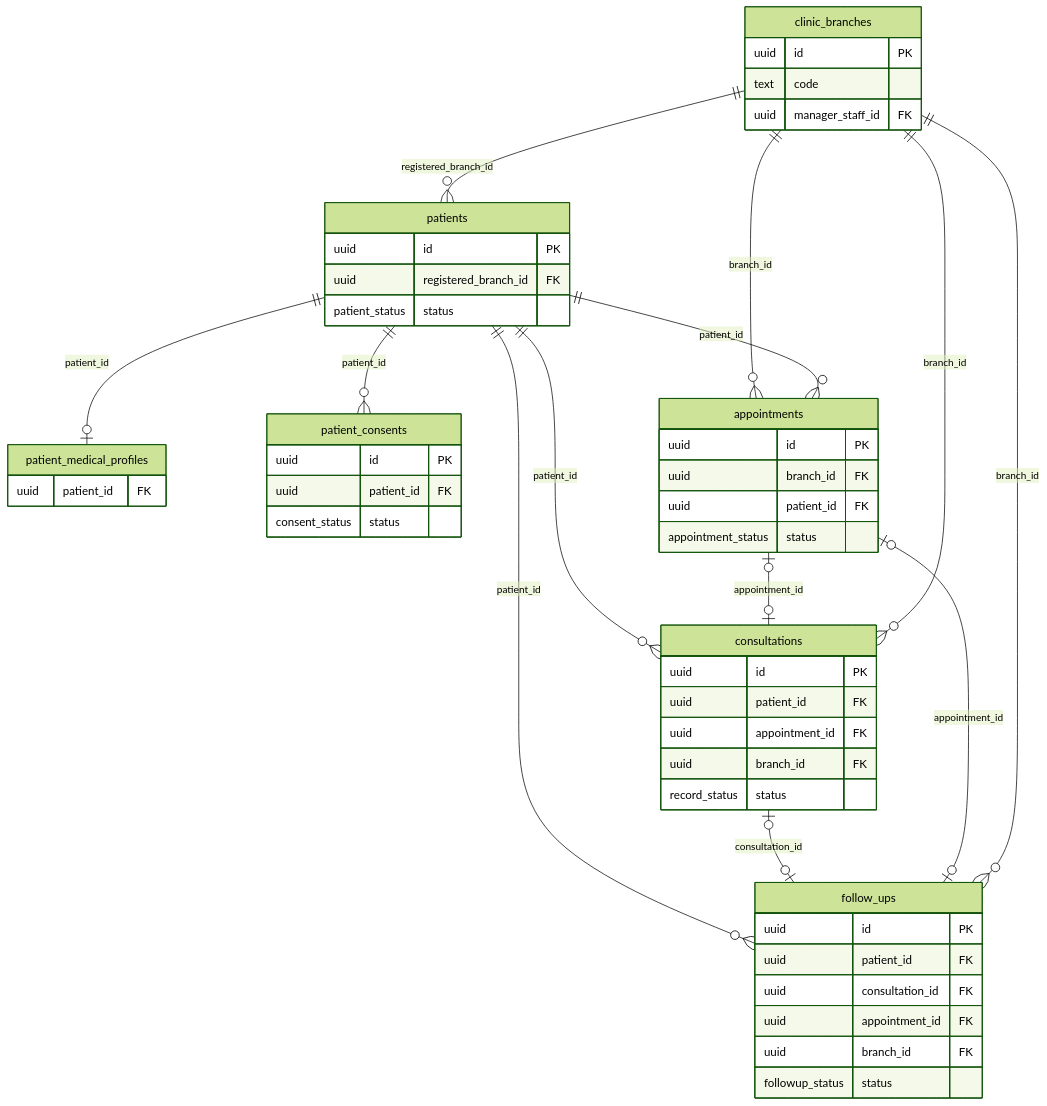
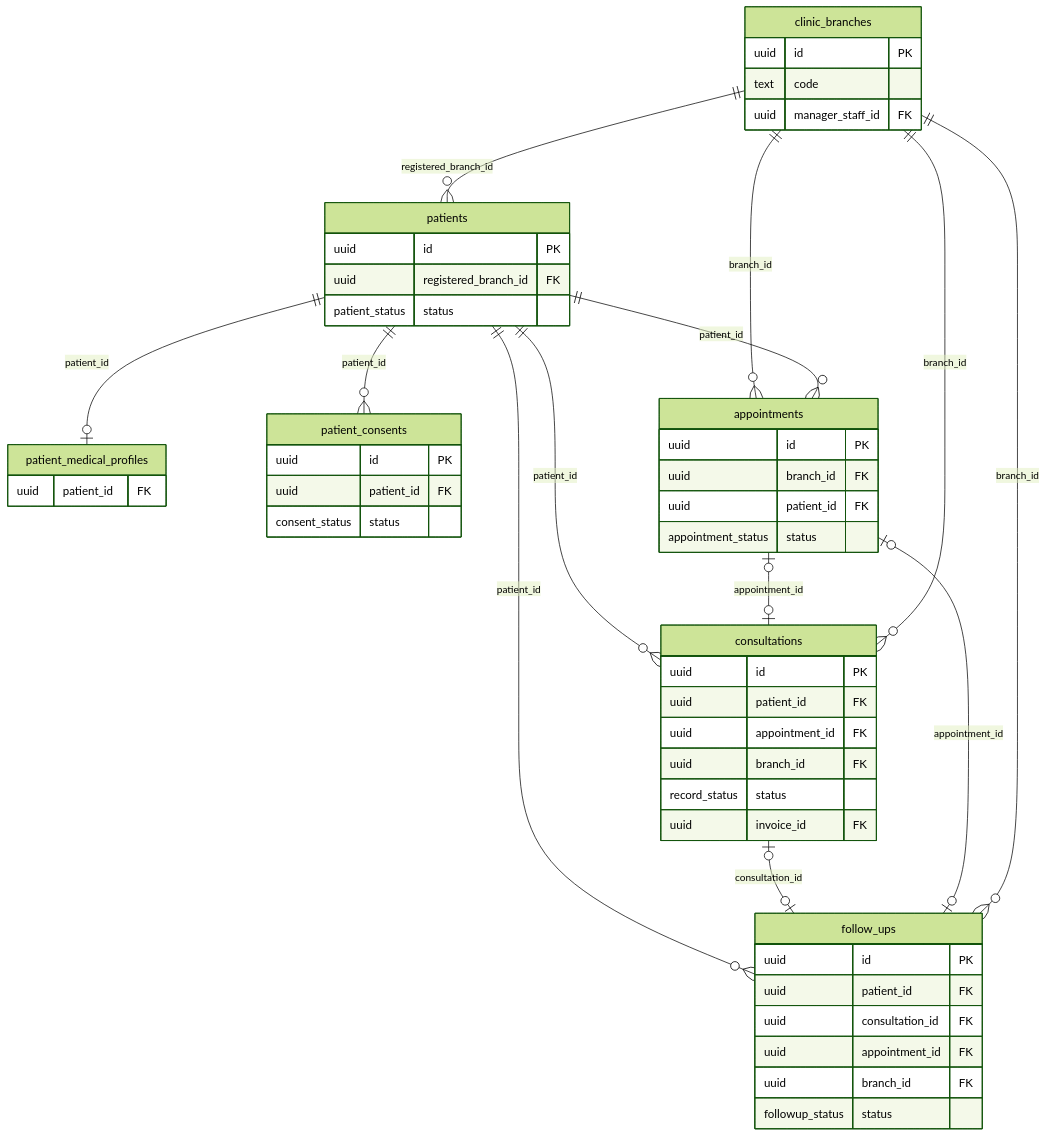
Before and after one commit to Vxoratech/drujjwalkarangale: the second of 5 diagrams in docs/ERD.md, drawn with Mermaid (forest theme). The commit also changed other lines of this file and 2 other files, not shown here.

````diff
--- a/docs/ERD.md
+++ b/docs/ERD.md
@@ -72,54 +72,55 @@
 ```mermaid
 erDiagram
   patients {
     uuid id PK
     uuid registered_branch_id FK
     patient_status status
   }
   patient_medical_profiles {
     uuid patient_id FK
   }
   patient_consents {
     uuid id PK
     uuid patient_id FK
     consent_status status
   }
   appointments {
     uuid id PK
     uuid branch_id FK
     uuid patient_id FK
     appointment_status status
   }
   follow_ups {
     uuid id PK
     uuid patient_id FK
     uuid consultation_id FK
     uuid appointment_id FK
     uuid branch_id FK
     followup_status status
   }
   clinic_branches {
     uuid id PK
     text code
     uuid manager_staff_id FK
   }
   consultations {
     uuid id PK
     uuid patient_id FK
     uuid appointment_id FK
     uuid branch_id FK
     record_status status
+    uuid invoice_id FK
   }
   clinic_branches ||--o{ patients : "registered_branch_id"
   patients ||--o| patient_medical_profiles : "patient_id"
   patients ||--o{ patient_consents : "patient_id"
   clinic_branches ||--o{ appointments : "branch_id"
   patients ||--o{ appointments : "patient_id"
   patients ||--o{ consultations : "patient_id"
   appointments |o--o| consultations : "appointment_id"
   clinic_branches ||--o{ consultations : "branch_id"
   patients ||--o{ follow_ups : "patient_id"
   consultations |o--o| follow_ups : "consultation_id"
   appointments |o--o| follow_ups : "appointment_id"
   clinic_branches ||--o{ follow_ups : "branch_id"
 ```
````
